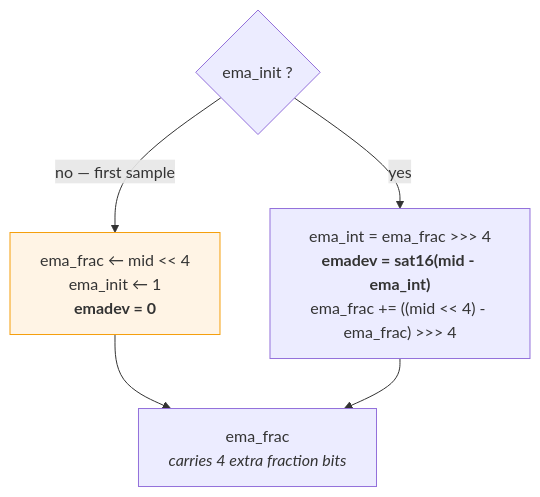
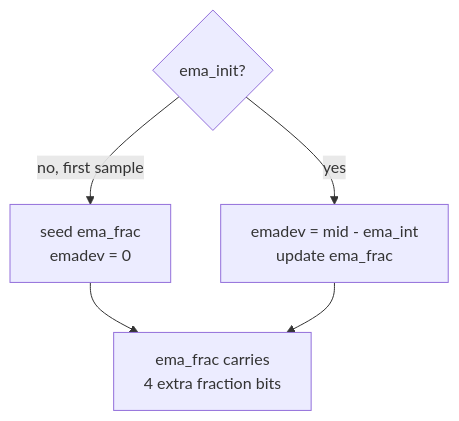
The third of 6 diagrams in docs/diagrams/feature_engine.md (Rushmello369/fpga-feed-handler), drawn with Mermaid before and after one commit. The commit also changed other lines of this file and 12 other files, not shown here.

Commit message:
add diagrams for system and module architectures

````diff
--- a/docs/diagrams/feature_engine.md
+++ b/docs/diagrams/feature_engine.md
@@ -99,12 +76,8 @@
 ```mermaid
 flowchart TD
-    Q{"ema_init ?"}
-    Q -->|"no — first sample"| SEED["ema_frac ← mid << 4<br/>ema_init ← 1<br/><b>emadev = 0</b>"]
-    Q -->|yes| UPD["ema_int = ema_frac >>> 4<br/><b>emadev = sat16(mid - ema_int)</b><br/>ema_frac += ((mid << 4) - ema_frac) >>> 4"]
-
-    SEED --> ST["ema_frac<br/><i>carries 4 extra fraction bits</i>"]
+    Q{ema_init?}
+    Q -->|no, first sample| SEED[seed ema_frac<br/>emadev = 0]
+    Q -->|yes| UPD[emadev = mid - ema_int<br/>update ema_frac]
+    SEED --> ST[ema_frac carries<br/>4 extra fraction bits]
     UPD --> ST
-
-    classDef seed fill:#fff4e5,stroke:#f59e0b
-    class SEED seed
 ```
````
